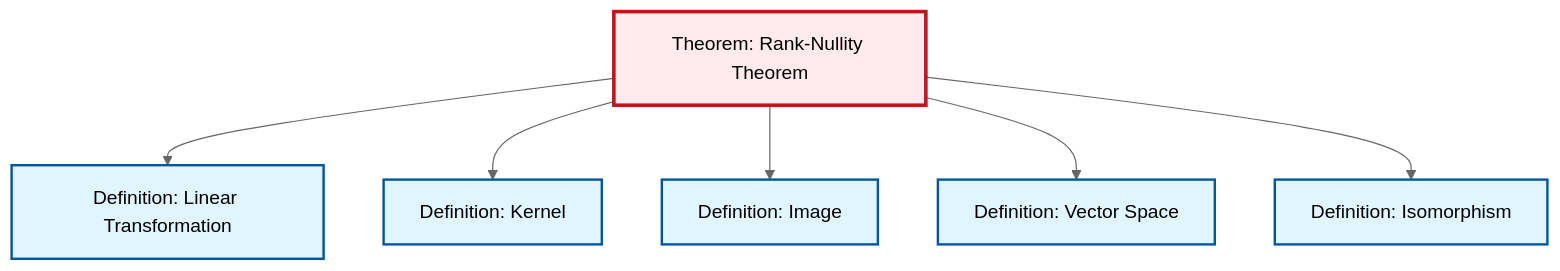
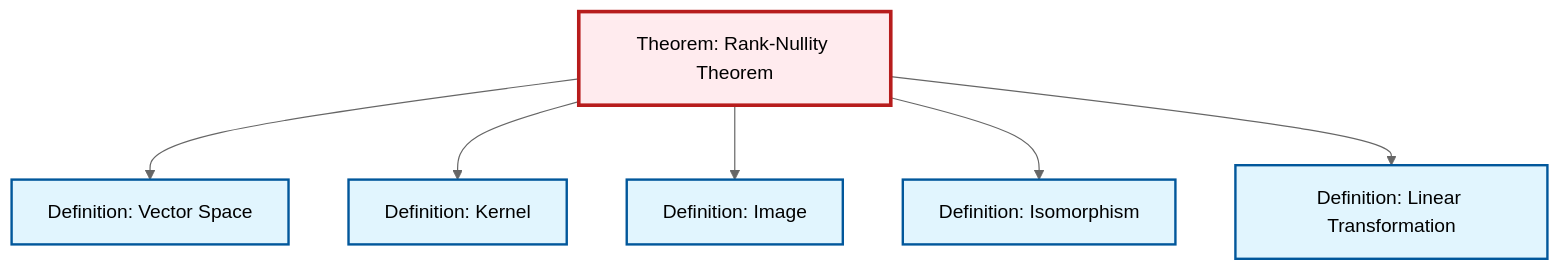
One commit to RK0429/ModernMath changed the diagram in content/en/algebra/thm-rank-nullity.qmd. Above: the diagram before and after it, drawn with Mermaid (neutral theme). The commit also changed other lines of this file and 328 other files, not shown here.

````diff
--- a/content/en/algebra/thm-rank-nullity.qmd
+++ b/content/en/algebra/thm-rank-nullity.qmd
@@ -56,26 +56,26 @@
 ```{mermaid}
 %%| fig-cap: "Local dependency graph"
 graph TD
     classDef definition fill:#e1f5fe,stroke:#01579b,stroke-width:2px
     classDef theorem fill:#f3e5f5,stroke:#4a148c,stroke-width:2px
     classDef axiom fill:#fff3e0,stroke:#e65100,stroke-width:2px
     classDef example fill:#e8f5e9,stroke:#1b5e20,stroke-width:2px
     classDef current fill:#ffebee,stroke:#b71c1c,stroke-width:3px
-    thm-rank-nullity["Theorem: Rank-Nullity Theorem"]:::theorem
-    def-isomorphism["Definition: Isomorphism"]:::definition
     def-linear-transformation["Definition: Linear Transformation"]:::definition
     def-kernel["Definition: Kernel"]:::definition
     def-vector-space["Definition: Vector Space"]:::definition
+    def-isomorphism["Definition: Isomorphism"]:::definition
+    thm-rank-nullity["Theorem: Rank-Nullity Theorem"]:::theorem
     def-image["Definition: Image"]:::definition
-    thm-rank-nullity --> def-linear-transformation
+    thm-rank-nullity --> def-vector-space
     thm-rank-nullity --> def-kernel
     thm-rank-nullity --> def-image
-    thm-rank-nullity --> def-vector-space
     thm-rank-nullity --> def-isomorphism
+    thm-rank-nullity --> def-linear-transformation
     class thm-rank-nullity current
-    click def-isomorphism "def-isomorphism.html" "Go to Isomorphism definition"
     click def-linear-transformation "def-linear-transformation.html" "Go to Linear Transformation definition"
     click def-kernel "def-kernel.html" "Go to Kernel definition"
     click def-vector-space "def-vector-space.html" "Go to Vector Space definition"
+    click def-isomorphism "def-isomorphism.html" "Go to Isomorphism definition"
     click def-image "def-image.html" "Go to Image definition"
 ```
````
